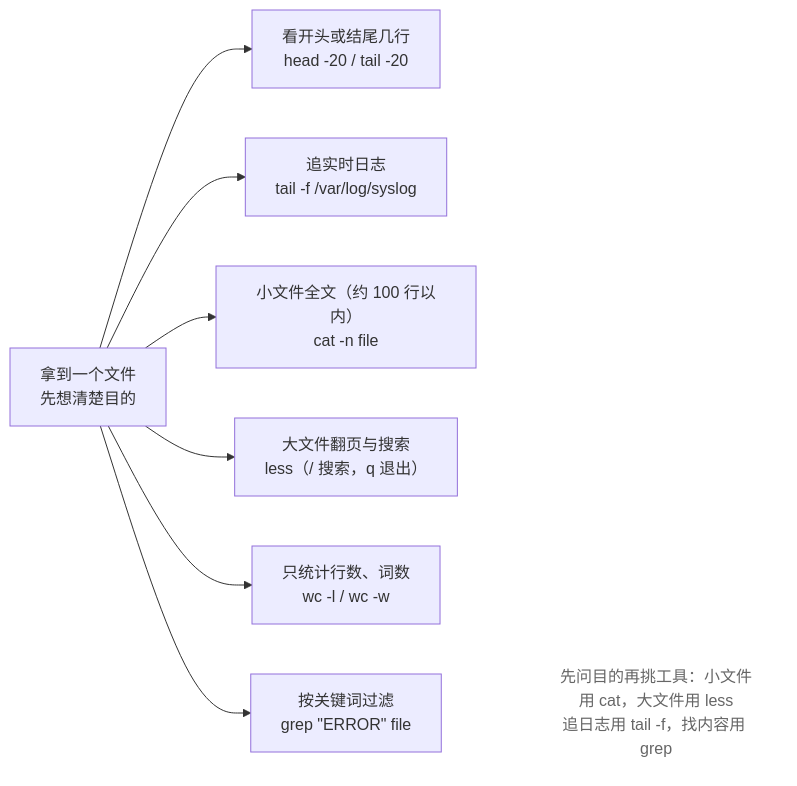
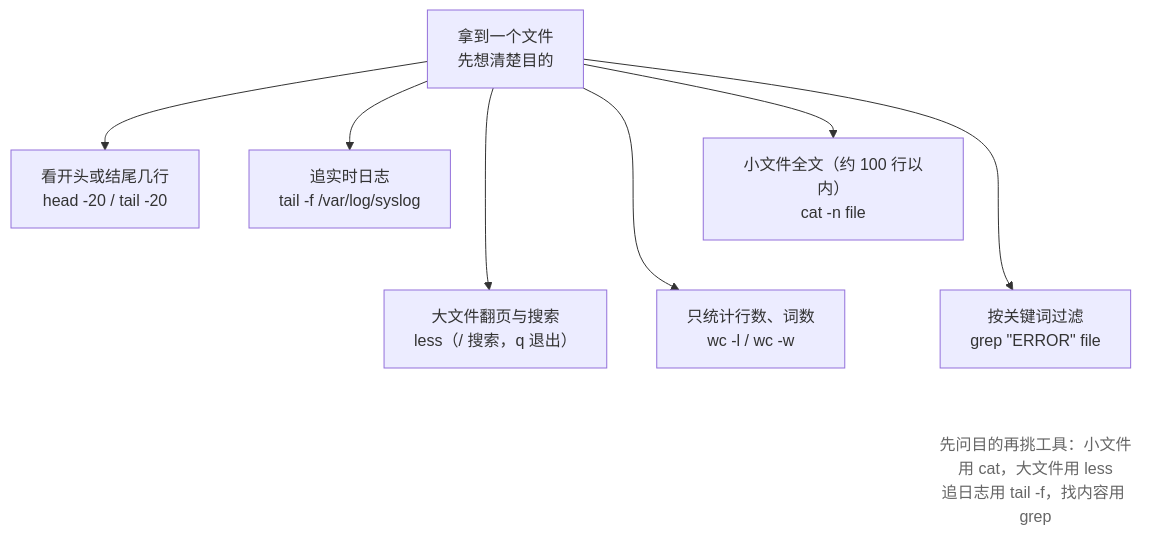
Before and after one commit to wangxiangnan/wangxiangnan.github.io: the second of 2 diagrams in src/linux-command/ch04.md, drawn with Mermaid. The commit also changed other lines of this file and 32 other files, not shown here.

First line of the commit message:
linux-command 词链层+新章节骨架重构，mermaid 方向全局统一上下 TB

````diff
--- a/src/linux-command/ch04.md
+++ b/src/linux-command/ch04.md
@@ -614,17 +619,18 @@
 ```mermaid
-flowchart LR
+flowchart TB
     A["拿到一个文件<br>先想清楚目的"]
     B["看开头或结尾几行<br>head -20 / tail -20"]
     C["追实时日志<br>tail -f /var/log/syslog"]
     D["小文件全文（约 100 行以内）<br>cat -n file"]
     E["大文件翻页与搜索<br>less（/ 搜索，q 退出）"]
     F["只统计行数、词数<br>wc -l / wc -w"]
     G["按关键词过滤<br>grep #quot;ERROR#quot; file"]
     N["先问目的再挑工具：小文件用 cat，大文件用 less<br>追日志用 tail -f，找内容用 grep"]
 
     A --> B & C & D & E & F & G
+    D ~~~ E & F & G
     G ~~~ N
 
     classDef note fill:none,stroke:none,color:#666
     class N note
 ```
````
